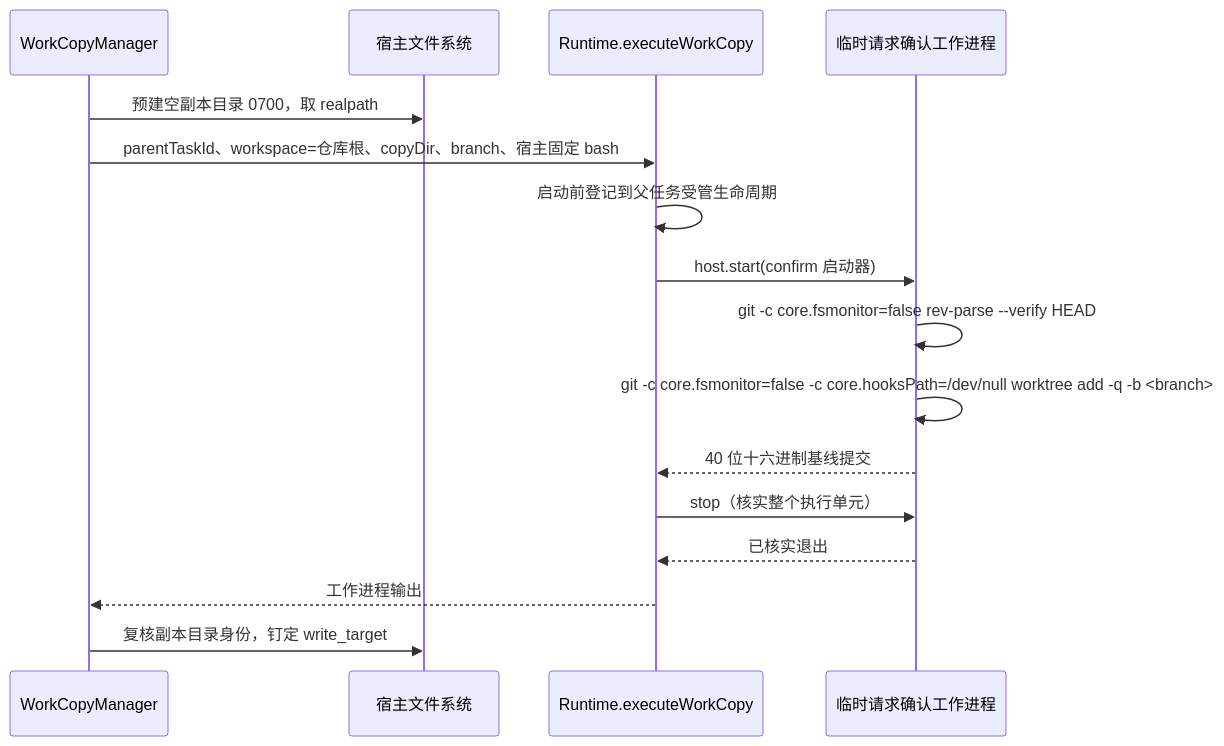
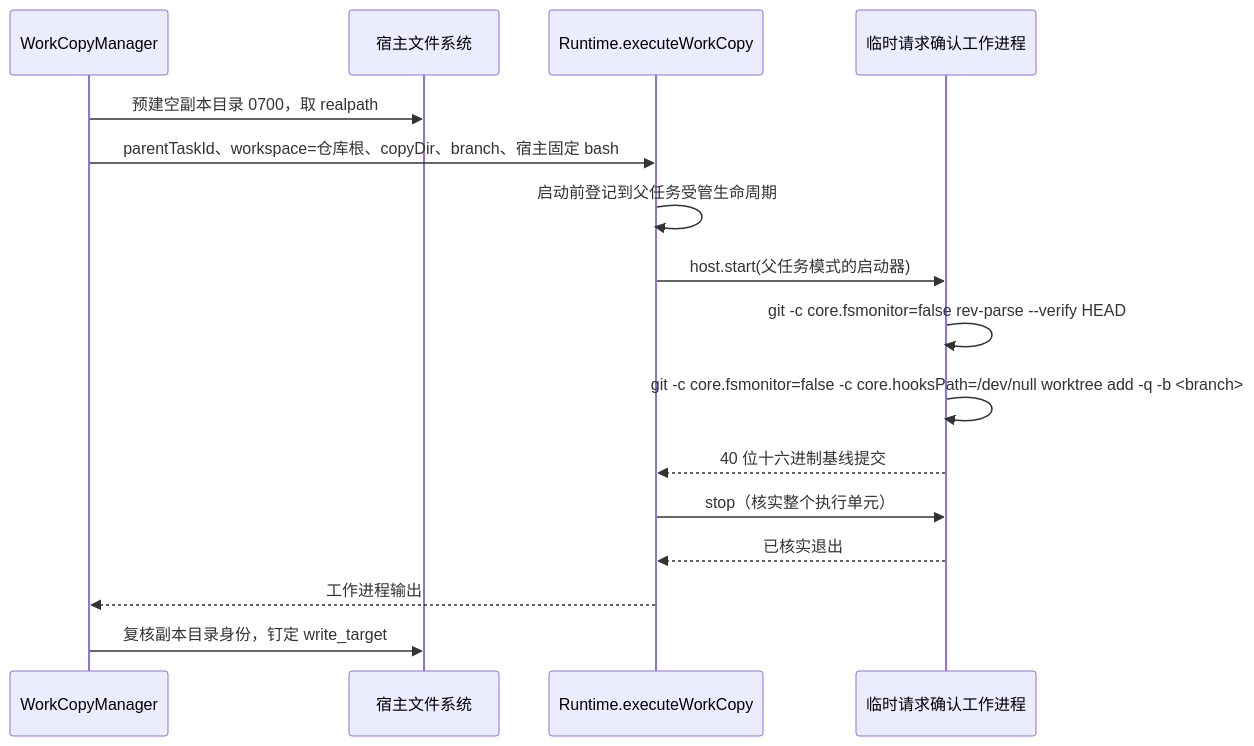
The third of 3 diagrams in docs/modules/execution.md (num-lab/Ruukoto), drawn with Mermaid before and after one commit. The commit also changed other lines of this file and 193 other files, not shown here.

````diff
--- a/docs/modules/execution.md
+++ b/docs/modules/execution.md
@@ -140,18 +140,18 @@
 ```mermaid
 sequenceDiagram
   participant WM as WorkCopyManager
   participant FS as 宿主文件系统
   participant RT as Runtime.executeWorkCopy
   participant W as 临时请求确认工作进程
   WM->>FS: 预建空副本目录 0700，取 realpath
   WM->>RT: parentTaskId、workspace=仓库根、copyDir、branch、宿主固定 bash
   RT->>RT: 启动前登记到父任务受管生命周期
-  RT->>W: host.start(confirm 启动器)
+  RT->>W: host.start(父任务模式的启动器)
   W->>W: git -c core.fsmonitor=false rev-parse --verify HEAD
   W->>W: git -c core.fsmonitor=false -c core.hooksPath=/dev/null worktree add -q -b <branch>
   W-->>RT: 40 位十六进制基线提交
   RT->>W: stop（核实整个执行单元）
   W-->>RT: 已核实退出
   RT-->>WM: 工作进程输出
   WM->>FS: 复核副本目录身份，钉定 write_target
 ```
````
